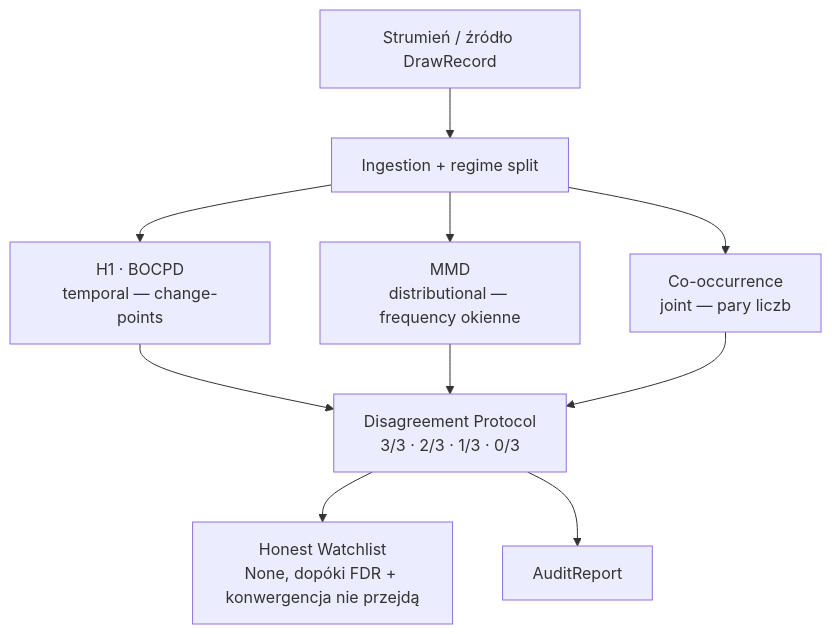
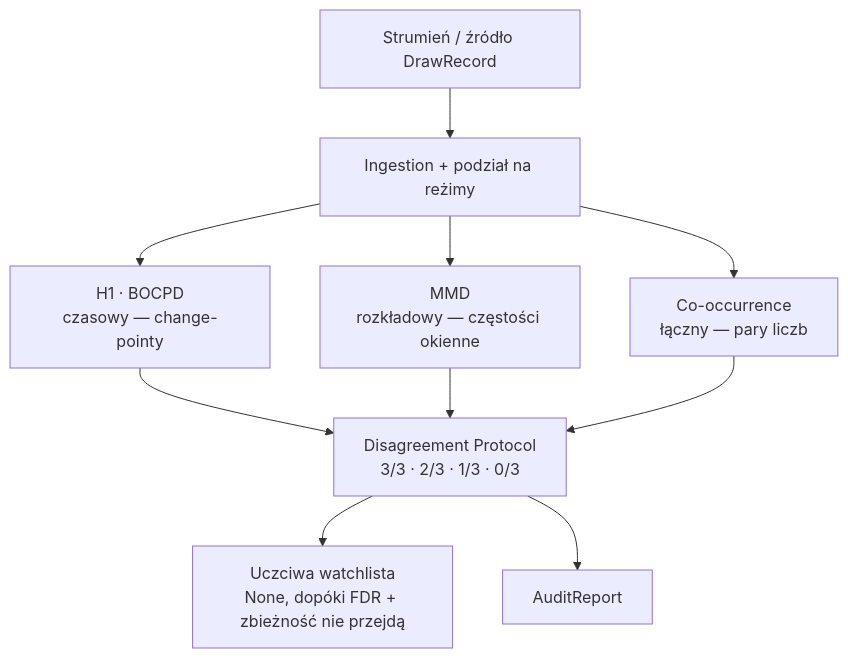
Before and after one commit to Piotr1686/DriftScope: the first of 2 diagrams in README.pl.md, drawn with Mermaid. The commit also changed other lines of this file and 1 other file, not shown here.

````diff
--- a/README.pl.md
+++ b/README.pl.md
@@ -165,12 +157,12 @@
 ```mermaid
 flowchart TD
-    S[Strumień / źródło DrawRecord] --> ING[Ingestion + regime split]
-    ING --> P1[H1 · BOCPD<br/>temporal — change-points]
-    ING --> P2[MMD<br/>distributional — frequency okienne]
-    ING --> P3[Co-occurrence<br/>joint — pary liczb]
+    S[Strumień / źródło DrawRecord] --> ING[Ingestion + podział na reżimy]
+    ING --> P1[H1 · BOCPD<br/>czasowy — change-pointy]
+    ING --> P2[MMD<br/>rozkładowy — częstości okienne]
+    ING --> P3[Co-occurrence<br/>łączny — pary liczb]
     P1 --> DP[Disagreement Protocol<br/>3/3 · 2/3 · 1/3 · 0/3]
     P2 --> DP
     P3 --> DP
-    DP --> WL[Honest Watchlist<br/>None, dopóki FDR + konwergencja nie przejdą]
+    DP --> WL[Uczciwa watchlista<br/>None, dopóki FDR + zbieżność nie przejdą]
     DP --> R[AuditReport]
 ```
````
